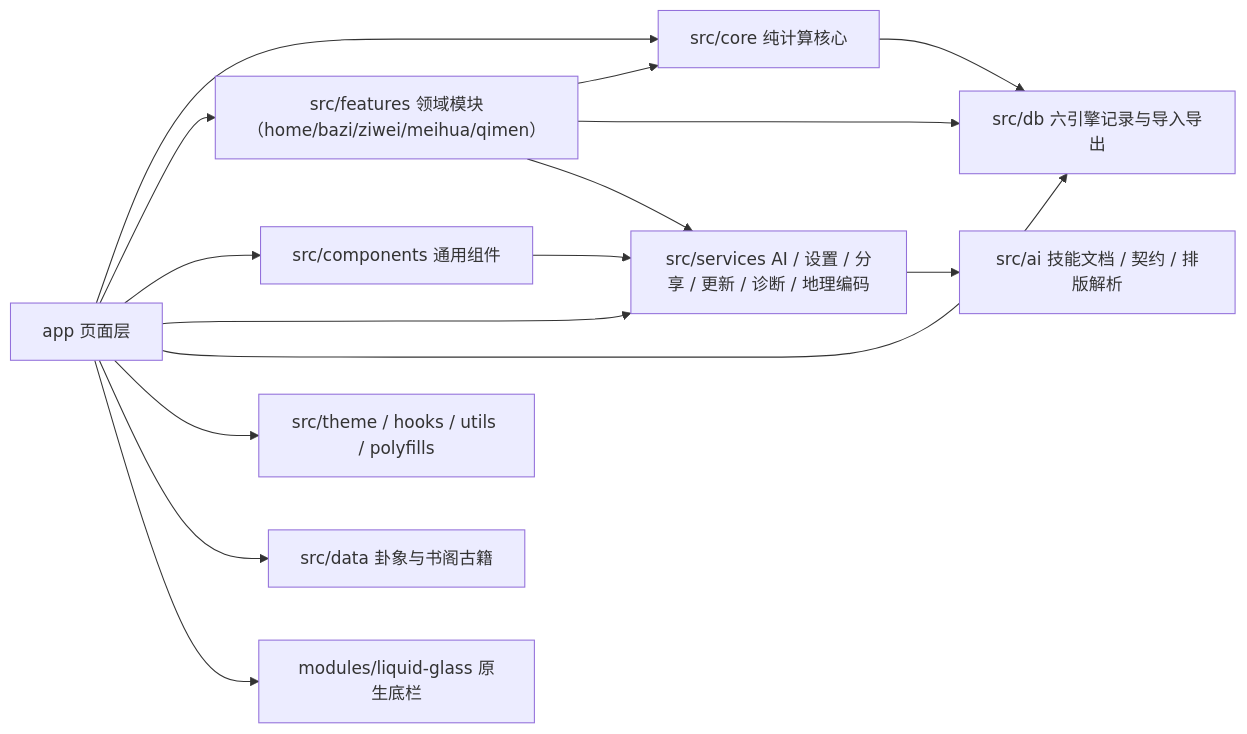
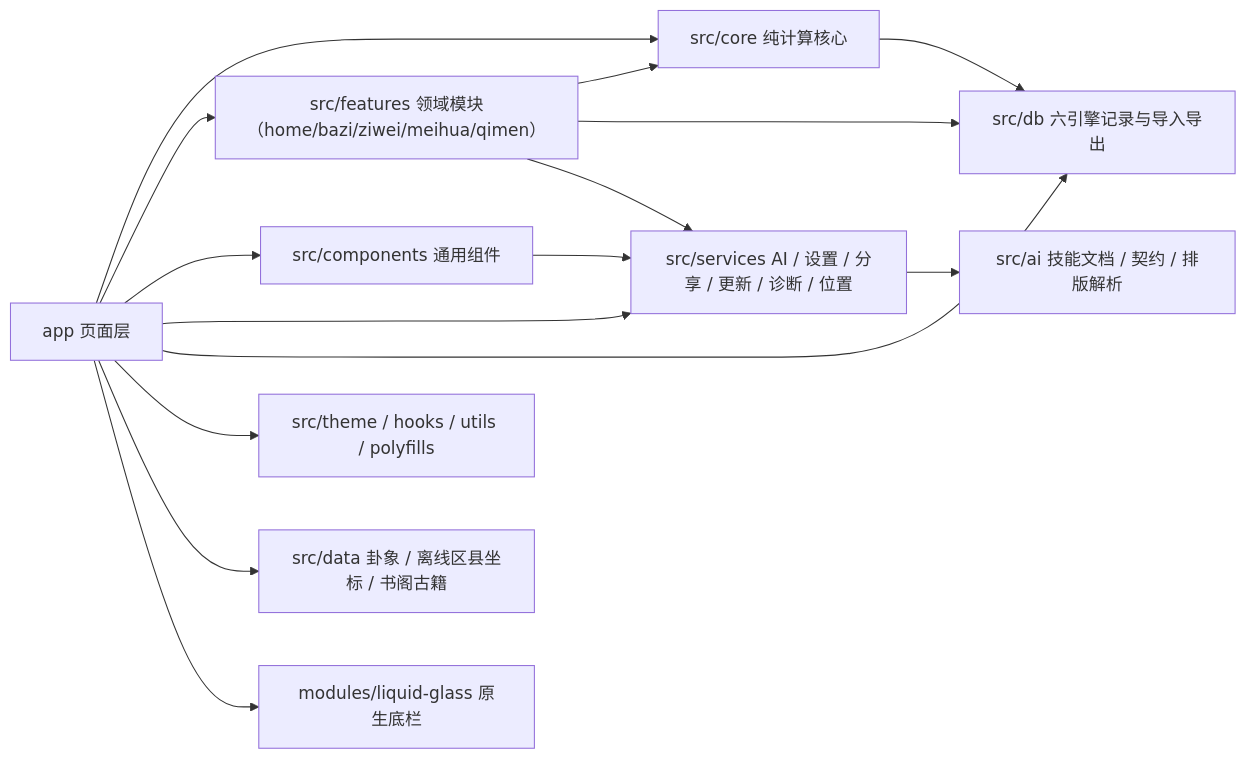
The diagram in PROJECT_ARCHITECTURE.md (Nyxlux-bot/JianJi), drawn with Mermaid before and after one commit. The commit also changed other lines of this file and 10 other files, not shown here.

````diff
--- a/PROJECT_ARCHITECTURE.md
+++ b/PROJECT_ARCHITECTURE.md
@@ -187,17 +187,17 @@
 ```mermaid
 flowchart LR
   A["app 页面层"] --> B["src/core 纯计算核心"]
   A --> C["src/features 领域模块（home/bazi/ziwei/meihua/qimen）"]
   A --> E["src/components 通用组件"]
-  A --> F["src/services AI / 设置 / 分享 / 更新 / 诊断 / 地理编码"]
+  A --> F["src/services AI / 设置 / 分享 / 更新 / 诊断 / 位置"]
   A --> G["src/db 六引擎记录与导入导出"]
   A --> H["src/theme / hooks / utils / polyfills"]
-  A --> I["src/data 卦象与书阁古籍"]
+  A --> I["src/data 卦象 / 离线区县坐标 / 书阁古籍"]
   A --> J["modules/liquid-glass 原生底栏"]
   C --> B
   C --> G
   C --> F
   E --> F
   F --> K["src/ai 技能文档 / 契约 / 排版解析"]
   B --> G
 ```
````
